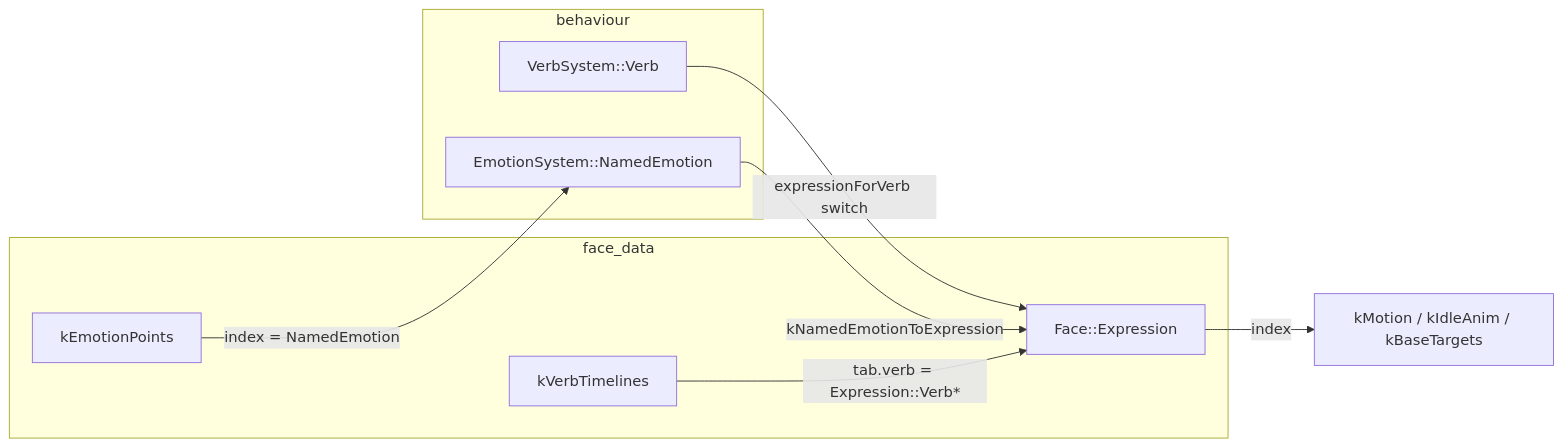
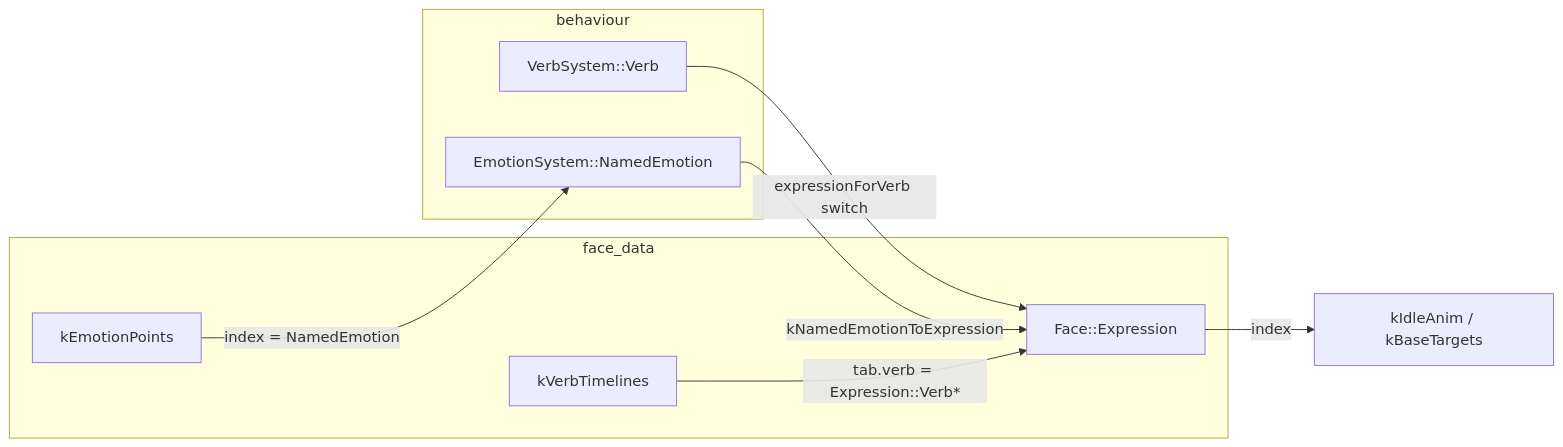
The diagram in docs/DYNAMIC_EMOTION_AND_VERB_ARRAYS.md (lachlansleight/claude-code-wrapper), drawn with Mermaid before and after one commit. The commit also changed other lines of this file and 55 other files, not shown here.

````diff
--- a/docs/DYNAMIC_EMOTION_AND_VERB_ARRAYS.md
+++ b/docs/DYNAMIC_EMOTION_AND_VERB_ARRAYS.md
@@ -36,17 +36,17 @@
 ```mermaid
 flowchart LR
   subgraph behaviour
     VS[VerbSystem::Verb]
     ES[EmotionSystem::NamedEmotion]
   end
   subgraph face_data
     EX[Face::Expression]
     VT[kVerbTimelines]
     EP[kEmotionPoints]
   end
   VS -->|expressionForVerb switch| EX
   ES -->|kNamedEmotionToExpression| EX
   VT -->|tab.verb = Expression::Verb*| EX
   EP -->|index = NamedEmotion| ES
-  EX -->|index| KM[kMotion / kIdleAnim / kBaseTargets]
+  EX -->|index| KM[kIdleAnim / kBaseTargets]
 ```
````
